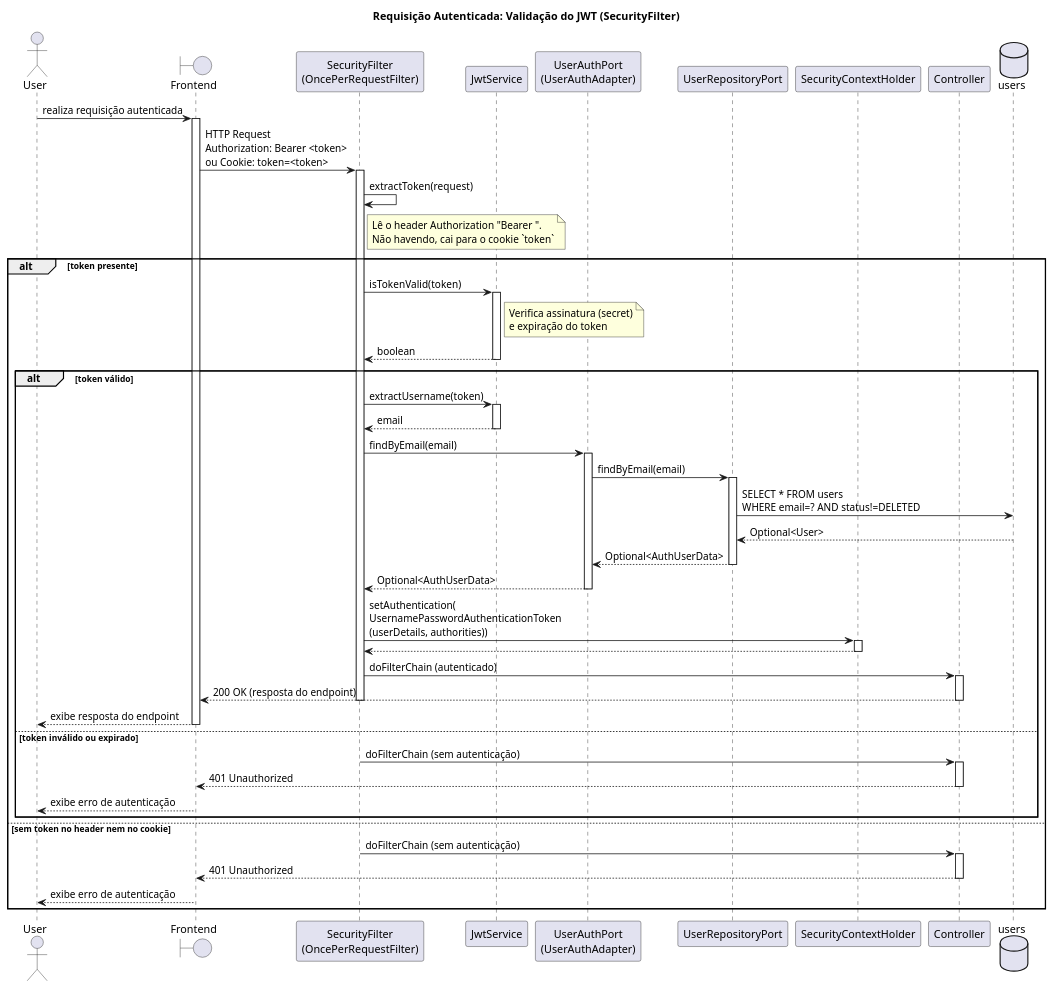
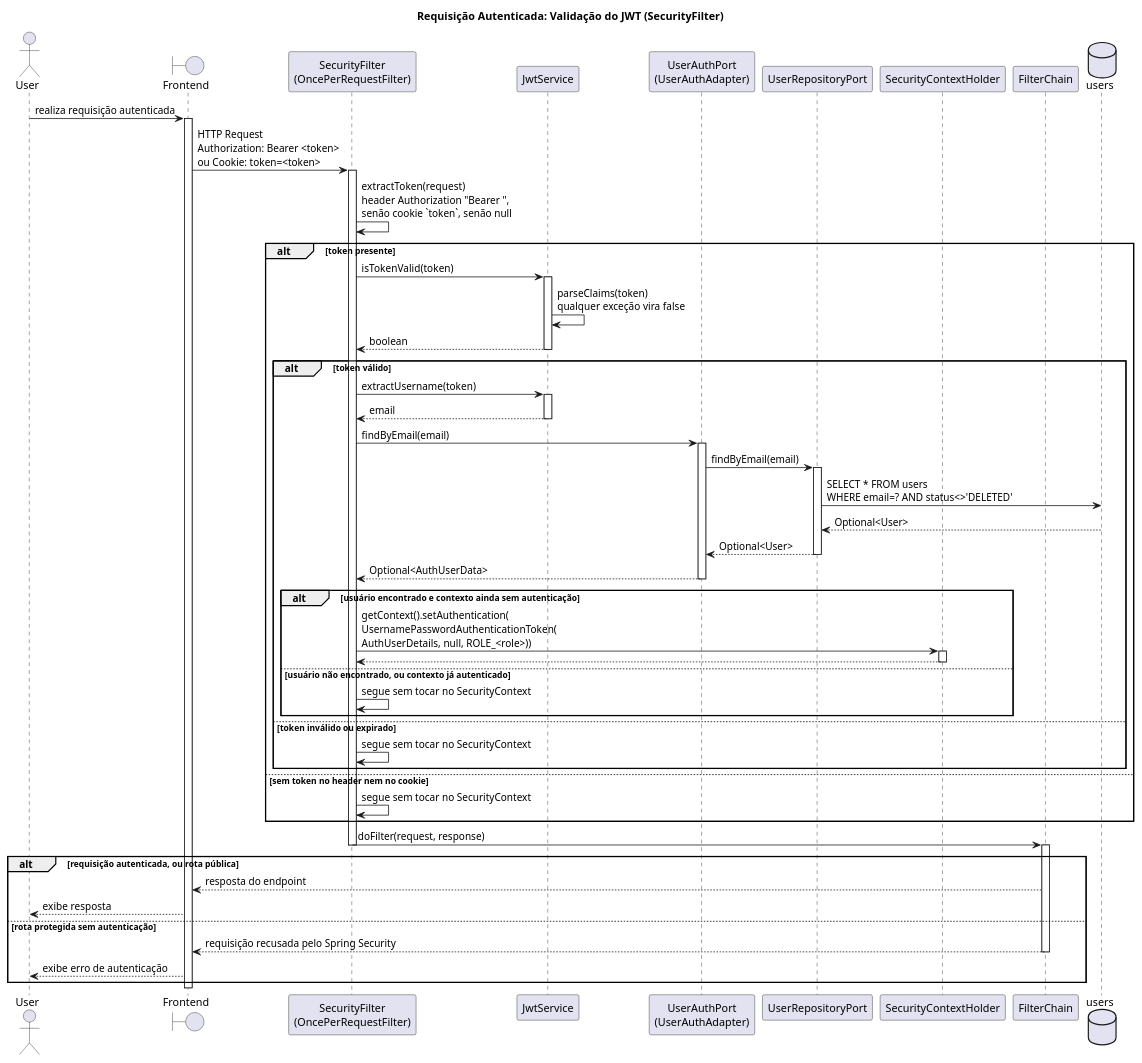
One commit to Neoguara/rooms-diagrams changed the diagram in src/plantuml/sequencia/auth/jwt_filter.puml. Above: the diagram before and after it, drawn with PlantUML. The commit also changed 27 other files, not shown here.

```diff
--- a/src/plantuml/sequencia/auth/jwt_filter.puml
+++ b/src/plantuml/sequencia/auth/jwt_filter.puml
@@ -1,78 +1,79 @@
 @startuml jwt_filter
+
+' Fonte: SecurityFilter.doFilterInternal e SecurityFilter.extractToken (rooms-backend).
+' O filtro nunca interrompe a cadeia: em qualquer caminho ele chama filterChain.doFilter.
+' Quem recusa a requisição sem autenticação é o Spring Security, mais adiante.
 
 title Requisição Autenticada: Validação do JWT (SecurityFilter)
 
 actor User
 boundary "Frontend" as FE
 participant "SecurityFilter\n(OncePerRequestFilter)" as Filter
 participant "JwtService" as Jwt
 participant "UserAuthPort\n(UserAuthAdapter)" as AuthPort
 participant "UserRepositoryPort" as UserRepo
 participant "SecurityContextHolder" as SecCtx
-participant "Controller" as Ctrl
+participant "FilterChain" as Chain
 database "users" as DB
 
 User -> FE: realiza requisição autenticada
 activate FE
 FE -> Filter: HTTP Request\nAuthorization: Bearer <token>\nou Cookie: token=<token>
 activate Filter
 
-Filter -> Filter: extractToken(request)
-note right of Filter: Lê o header Authorization "Bearer ".\nNão havendo, cai para o cookie `token`
+Filter -> Filter: extractToken(request)\nheader Authorization "Bearer ",\nsenão cookie `token`, senão null
 
 alt token presente
   Filter -> Jwt: isTokenValid(token)
   activate Jwt
-  note right of Jwt: Verifica assinatura (secret)\ne expiração do token
+  Jwt -> Jwt: parseClaims(token)\nqualquer exceção vira false
   Jwt --> Filter: boolean
   deactivate Jwt
 
   alt token válido
     Filter -> Jwt: extractUsername(token)
     activate Jwt
     Jwt --> Filter: email
     deactivate Jwt
 
     Filter -> AuthPort: findByEmail(email)
     activate AuthPort
     AuthPort -> UserRepo: findByEmail(email)
     activate UserRepo
-    UserRepo -> DB: SELECT * FROM users\nWHERE email=? AND status!=DELETED
+    UserRepo -> DB: SELECT * FROM users\nWHERE email=? AND status<>'DELETED'
     DB --> UserRepo: Optional<User>
-    UserRepo --> AuthPort: Optional<AuthUserData>
+    UserRepo --> AuthPort: Optional<User>
     deactivate UserRepo
     AuthPort --> Filter: Optional<AuthUserData>
     deactivate AuthPort
 
-    Filter -> SecCtx: setAuthentication(\nUsernamePasswordAuthenticationToken\n(userDetails, authorities))
-    activate SecCtx
-    SecCtx --> Filter:
-    deactivate SecCtx
-
-    Filter -> Ctrl: doFilterChain (autenticado)
-    activate Ctrl
-    Ctrl --> FE: 200 OK (resposta do endpoint)
-    deactivate Ctrl
-    deactivate Filter
-    FE --> User: exibe resposta do endpoint
-    deactivate FE
+    alt usuário encontrado e contexto ainda sem autenticação
+      Filter -> SecCtx: getContext().setAuthentication(\nUsernamePasswordAuthenticationToken(\nAuthUserDetails, null, ROLE_<role>))
+      activate SecCtx
+      SecCtx --> Filter:
+      deactivate SecCtx
+    else usuário não encontrado, ou contexto já autenticado
+      Filter -> Filter: segue sem tocar no SecurityContext
+    end
   else token inválido ou expirado
-    Filter -> Ctrl: doFilterChain (sem autenticação)
-    activate Ctrl
-    Ctrl --> FE: 401 Unauthorized
-    deactivate Ctrl
-    deactivate Filter
-    FE --> User: exibe erro de autenticação
-    deactivate FE
+    Filter -> Filter: segue sem tocar no SecurityContext
   end
 else sem token no header nem no cookie
-  Filter -> Ctrl: doFilterChain (sem autenticação)
-  activate Ctrl
-  Ctrl --> FE: 401 Unauthorized
-  deactivate Ctrl
-  deactivate Filter
-  FE --> User: exibe erro de autenticação
-  deactivate FE
+  Filter -> Filter: segue sem tocar no SecurityContext
 end
 
+Filter -> Chain: doFilter(request, response)
+deactivate Filter
+activate Chain
+
+alt requisição autenticada, ou rota pública
+  Chain --> FE: resposta do endpoint
+  FE --> User: exibe resposta
+else rota protegida sem autenticação
+  Chain --> FE: requisição recusada pelo Spring Security
+  deactivate Chain
+  FE --> User: exibe erro de autenticação
+end
+deactivate FE
+
 @enduml
```
